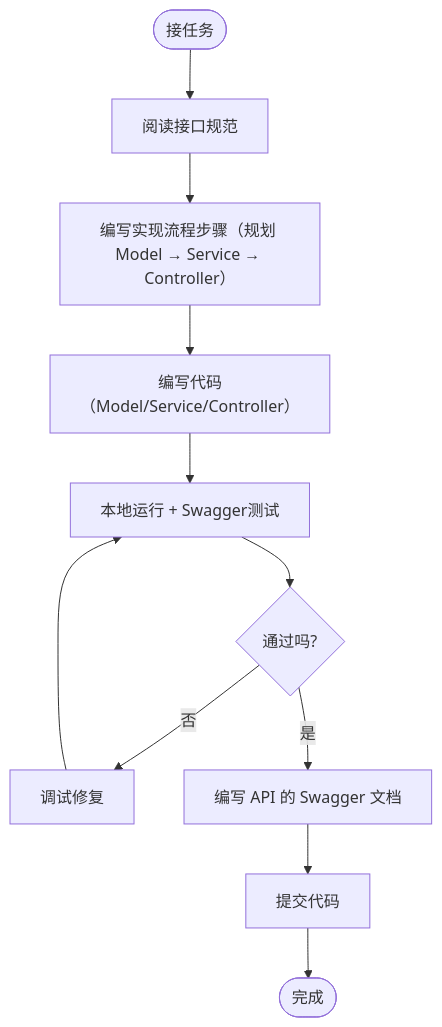
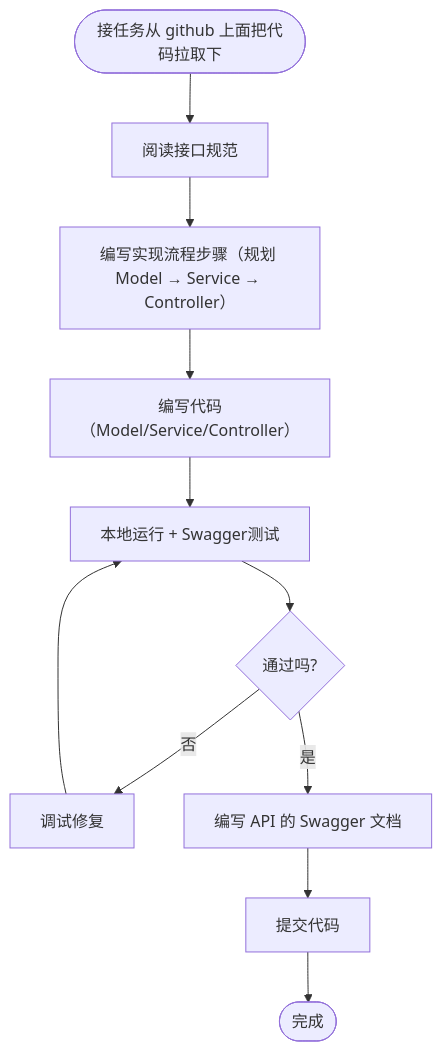
Before and after one commit to wangks0504/WEBNews: the second of 4 diagrams in docs/开发流程图.md, drawn with Mermaid. The commit also changed 3 other files, not shown here.

````diff
--- a/docs/开发流程图.md
+++ b/docs/开发流程图.md
@@ -33,21 +33,21 @@
 ```mermaid
 flowchart TD
-    Start([接任务])
+    Start([接任务从 github 上面把代码拉取下])
 
     Read[阅读接口规范]
     Plan[编写实现流程步骤（规划 Model → Service → Controller）]
     Code[编写代码（Model/Service/Controller）]
     Test[本地运行 + Swagger测试]
 
     Check{通过吗?}
     Debug[调试修复]
 
     SwaggerDoc[编写 API 的 Swagger 文档]
     Commit[提交代码]
     Done([完成])
 
     Start --> Read --> Plan --> Code --> Test --> Check
     Check -->|否| Debug --> Test
     Check -->|是| SwaggerDoc --> Commit --> Done
 
 ```
````
